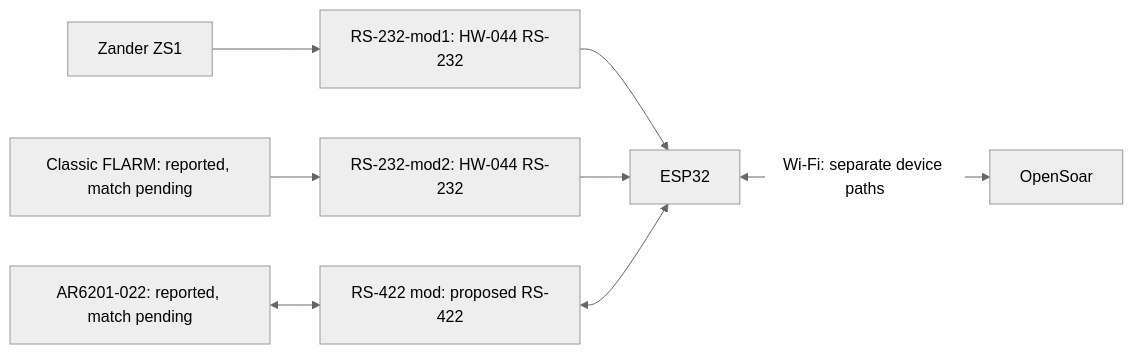
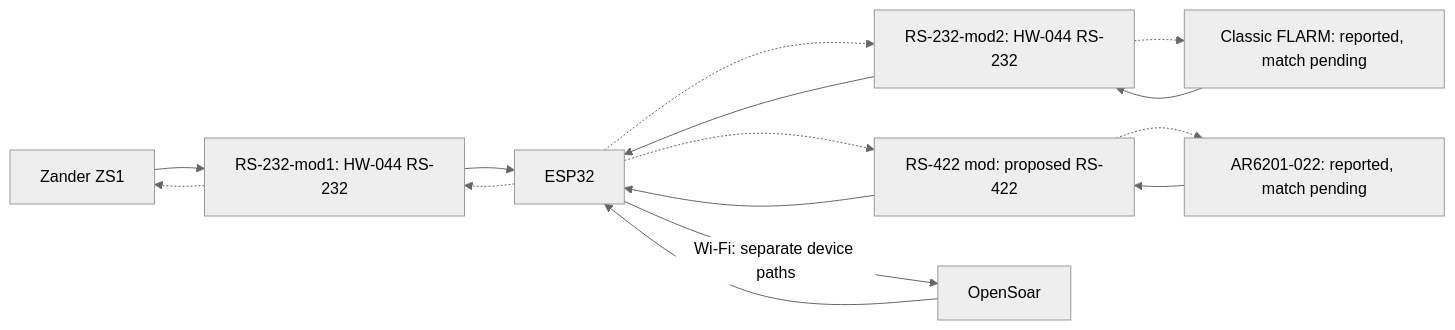
The first of 2 diagrams in docs/connections.md (MomoRC-tech/Becker-AR6201-to-OpenSoar), drawn with Mermaid (neutral theme) before and after one commit. The commit also changed other lines of this file and 4 other files, not shown here.

Commit message:
docs: separate Becker connections and mark optional device receive paths

````diff
--- a/docs/connections.md
+++ b/docs/connections.md
@@ -11,10 +11,17 @@
 ```mermaid
 flowchart LR
     Z[Zander ZS1] --> NZ["RS-232-mod1: HW-044 RS-232"]
     F["Classic FLARM: reported, match pending"] --> NF["RS-232-mod2: HW-044 RS-232"]
     NZ --> E[ESP32]
     NF --> E
-    B["AR6201-022: reported, match pending"] <--> R["RS-422 mod: proposed RS-422"]
-    R <--> E
-    E <-->|Wi-Fi: separate device paths| O[OpenSoar]
+    NZ -.-> Z
+    E -.-> NZ
+    NF -.-> F
+    E -.-> NF
+    B["AR6201-022: reported, match pending"] --> R["RS-422 mod: proposed RS-422"]
+    R --> E
+    E -.-> R
+    R -.-> B
+    E -->|Wi-Fi: separate device paths| O[OpenSoar]
+    O --> E
 ```
````
